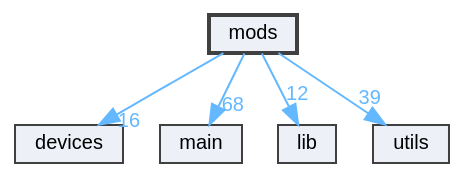
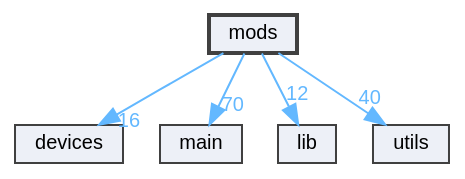
One commit to the-moisrex/foresight changed the diagram in api/dir_e32e21dff86b2f4c3e9cf44f437b74cb_dep.dot. Above: the diagram before and after it, drawn with Graphviz. The commit also changed 211 other files, not shown here.

```diff
--- a/api/dir_e32e21dff86b2f4c3e9cf44f437b74cb_dep.dot
+++ b/api/dir_e32e21dff86b2f4c3e9cf44f437b74cb_dep.dot
@@ -1,17 +1,17 @@
 digraph "mods"
 {
  // LATEX_PDF_SIZE
   bgcolor="transparent";
   edge [fontname=Helvetica,fontsize=10,labelfontname=Helvetica,labelfontsize=10];
   node [fontname=Helvetica,fontsize=10,shape=box,height=0.2,width=0.4];
   compound=true
   dir_e32e21dff86b2f4c3e9cf44f437b74cb [label="mods", fillcolor="#edf0f7", color="grey25", style="filled,bold", URL="dir_e32e21dff86b2f4c3e9cf44f437b74cb.html",tooltip=""];
   dir_07b86ffc266b39efa5bbdc0e9fdb330a [label="devices", fillcolor="#edf0f7", color="grey25", style="filled", URL="dir_07b86ffc266b39efa5bbdc0e9fdb330a.html",tooltip=""];
   dir_5c982d53a68cdbcd421152b4020263a9 [label="main", fillcolor="#edf0f7", color="grey25", style="filled", URL="dir_5c982d53a68cdbcd421152b4020263a9.html",tooltip=""];
   dir_97aefd0d527b934f1d99a682da8fe6a9 [label="lib", fillcolor="#edf0f7", color="grey25", style="filled", URL="dir_97aefd0d527b934f1d99a682da8fe6a9.html",tooltip=""];
   dir_cbdb8362360e11eafe2fa3bc74cf0ffd [label="utils", fillcolor="#edf0f7", color="grey25", style="filled", URL="dir_cbdb8362360e11eafe2fa3bc74cf0ffd.html",tooltip=""];
   dir_e32e21dff86b2f4c3e9cf44f437b74cb->dir_07b86ffc266b39efa5bbdc0e9fdb330a [headlabel="16", labeldistance=1.5 headhref="dir_000004_000001.html" href="dir_000004_000001.html" color="steelblue1" fontcolor="steelblue1"];
-  dir_e32e21dff86b2f4c3e9cf44f437b74cb->dir_5c982d53a68cdbcd421152b4020263a9 [headlabel="68", labeldistance=1.5 headhref="dir_000004_000003.html" href="dir_000004_000003.html" color="steelblue1" fontcolor="steelblue1"];
+  dir_e32e21dff86b2f4c3e9cf44f437b74cb->dir_5c982d53a68cdbcd421152b4020263a9 [headlabel="70", labeldistance=1.5 headhref="dir_000004_000003.html" href="dir_000004_000003.html" color="steelblue1" fontcolor="steelblue1"];
   dir_e32e21dff86b2f4c3e9cf44f437b74cb->dir_97aefd0d527b934f1d99a682da8fe6a9 [headlabel="12", labeldistance=1.5 headhref="dir_000004_000002.html" href="dir_000004_000002.html" color="steelblue1" fontcolor="steelblue1"];
-  dir_e32e21dff86b2f4c3e9cf44f437b74cb->dir_cbdb8362360e11eafe2fa3bc74cf0ffd [headlabel="39", labeldistance=1.5 headhref="dir_000004_000005.html" href="dir_000004_000005.html" color="steelblue1" fontcolor="steelblue1"];
+  dir_e32e21dff86b2f4c3e9cf44f437b74cb->dir_cbdb8362360e11eafe2fa3bc74cf0ffd [headlabel="40", labeldistance=1.5 headhref="dir_000004_000005.html" href="dir_000004_000005.html" color="steelblue1" fontcolor="steelblue1"];
 }
```
